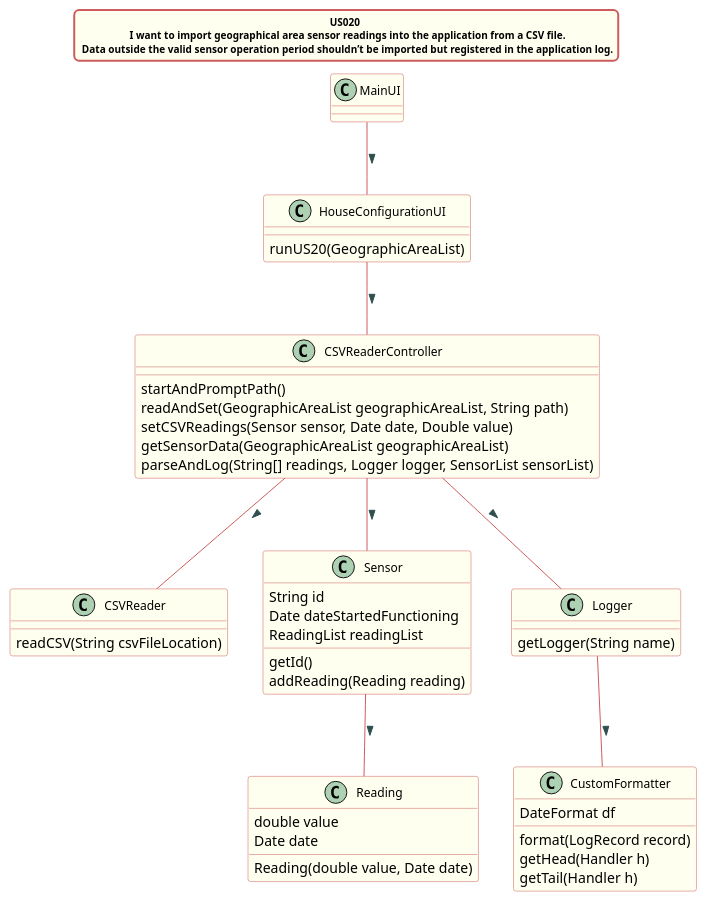
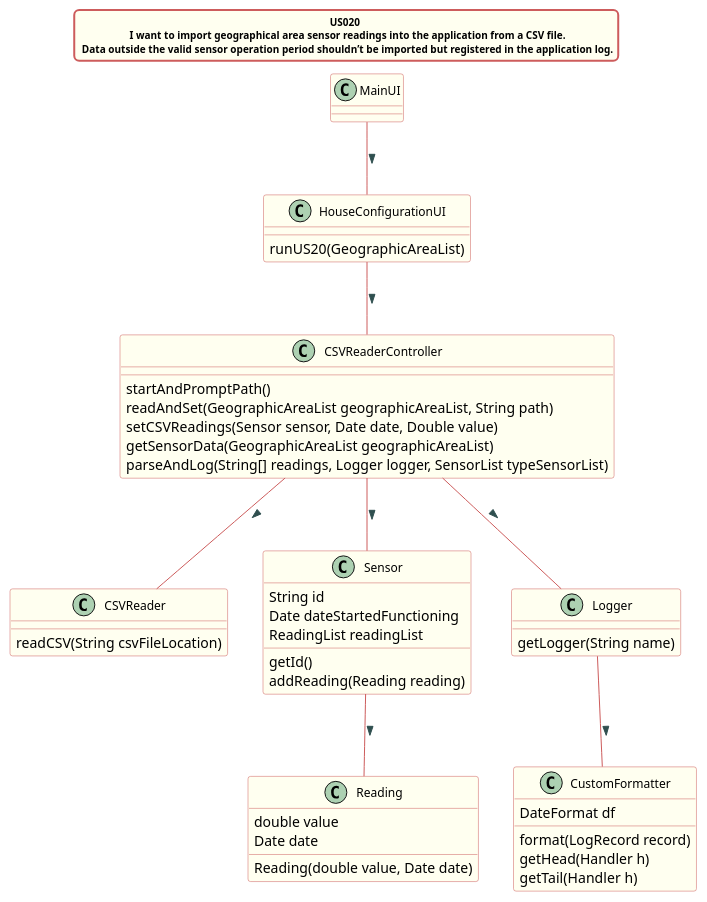
Before and after one commit to Almadanmp/project: the diagram in src/doc/Controllers/HouseConfiguration/US20/US20_cd_HouseConfiguration.puml, drawn with PlantUML. The commit also changed 23 other files, not shown here.

Commit message:
REF #175 initial attempt on adding TypeSensor Repository commented classes that will be later arranged

```diff
--- a/src/doc/Controllers/HouseConfiguration/US20/US20_cd_HouseConfiguration.puml
+++ b/src/doc/Controllers/HouseConfiguration/US20/US20_cd_HouseConfiguration.puml
@@ -1,77 +1,77 @@
 @startuml
 title US020 \n  I want to import geographical area sensor readings into the application from a CSV file. \n Data outside the valid sensor operation period shouldn’t be imported but registered in the application log.
 
 skinparam titleBorderRoundCorner 10
 skinparam titleBorderThickness 2
 skinparam titleBorderColor indianred
 skinparam titleBackgroundColor ivory
 skinparam FontName verdana
 skinparam titleFontSize 10
 
 
 skinparam class {
  	BorderColor indianred
  	BackgroundColor indianred
  	BackgroundColor ivory
     roundcorner 10
     ArrowFontName Verdana
     ArrowColor indianred
     ArrowFontColor darkslategrey
     FontSize 12
  }
 
 
 MainUI -- HouseConfigurationUI : >
 
 HouseConfigurationUI -- CSVReaderController : >
 CSVReaderController -- CSVReader : >
 CSVReaderController -- Sensor : >
 CSVReaderController -- Logger : >
 Sensor -- Reading : >
 Logger -- CustomFormatter : >
 
 class HouseConfigurationUI{
 
 runUS20(GeographicAreaList)
 }
 
 class CSVReaderController{
 startAndPromptPath()
 readAndSet(GeographicAreaList geographicAreaList, String path)
 setCSVReadings(Sensor sensor, Date date, Double value)
 getSensorData(GeographicAreaList geographicAreaList)
-parseAndLog(String[] readings, Logger logger, SensorList sensorList)
+parseAndLog(String[] readings, Logger logger, SensorList typeSensorList)
 }
 
 class CSVReader{
 readCSV(String csvFileLocation)
 }
 
 class Sensor{
 String id
 Date dateStartedFunctioning
 ReadingList readingList
 
 getId()
 addReading(Reading reading)
 }
 
 class Reading{
 double value
 Date date
 
 Reading(double value, Date date)
 }
 class Logger{
 getLogger(String name)
 }
 
 class CustomFormatter{
 DateFormat df
 
 format(LogRecord record)
 getHead(Handler h)
 getTail(Handler h)
 }
 
 @enduml
```
